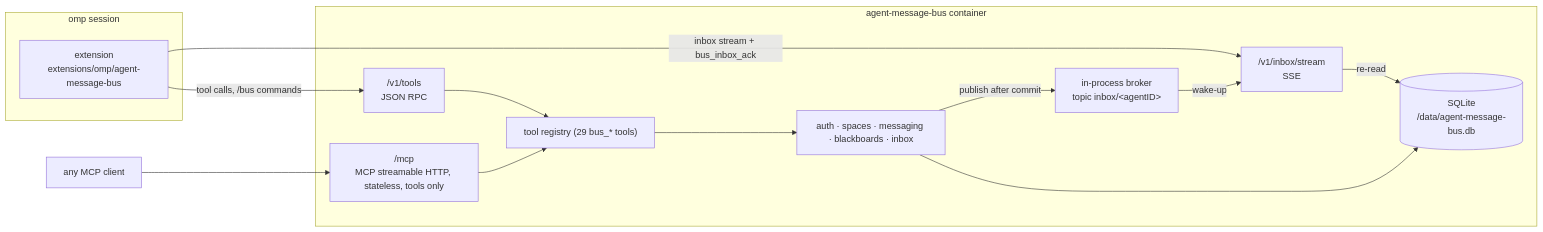
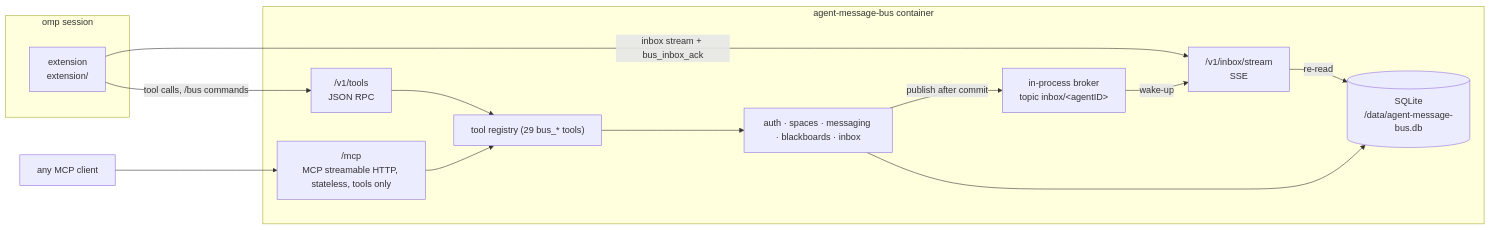
Before and after one commit to till-muellers/agent-message-bus: the diagram in server/spec/README.md, drawn with Mermaid. The commit also changed 10 other files, not shown here.

````diff
--- a/server/spec/README.md
+++ b/server/spec/README.md
@@ -11,25 +11,25 @@
 ```mermaid
 flowchart LR
   subgraph omp["omp session"]
-    ext["extension<br/>extensions/omp/agent-message-bus"]
+    ext["extension<br/>extension/"]
   end
   subgraph container["agent-message-bus container"]
     mcp["/mcp<br/>MCP streamable HTTP, stateless, tools only"]
     rpc["/v1/tools<br/>JSON RPC"]
     sse["/v1/inbox/stream<br/>SSE"]
     reg["tool registry (29 bus_* tools)"]
     feat["auth · spaces · messaging · blackboards · inbox"]
     broker["in-process broker<br/>topic inbox/&lt;agentID&gt;"]
     db[("SQLite<br/>/data/agent-message-bus.db")]
   end
   mcpclient["any MCP client"] --> mcp
   ext -- "tool calls, /bus commands" --> rpc
   ext -- "inbox stream + bus_inbox_ack" --> sse
   mcp --> reg
   rpc --> reg
   reg --> feat
   feat --> db
   feat -- "publish after commit" --> broker
   broker -- "wake-up" --> sse
   sse -- "re-read" --> db
 ```
````
